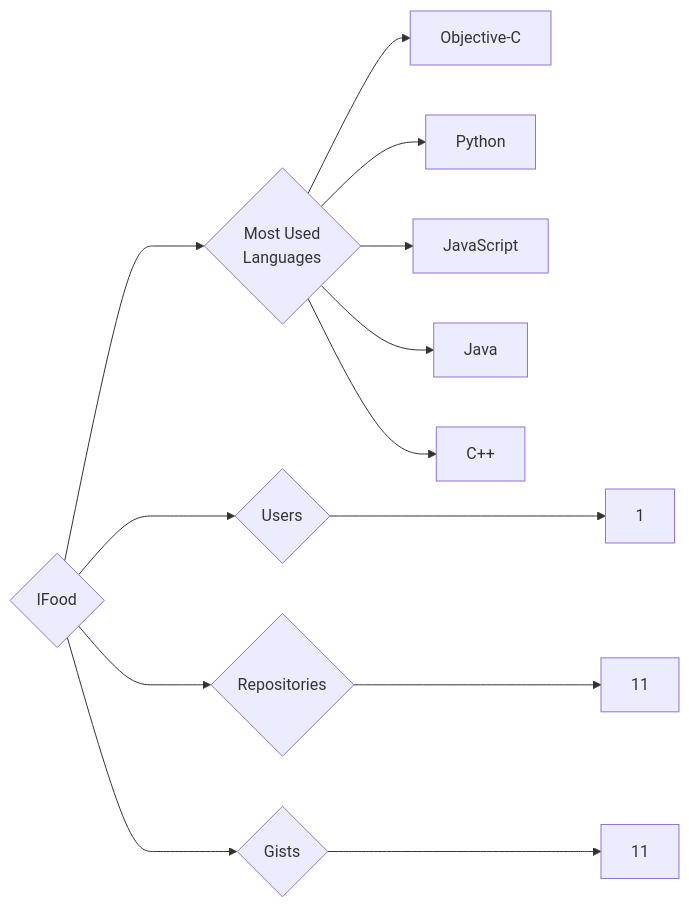
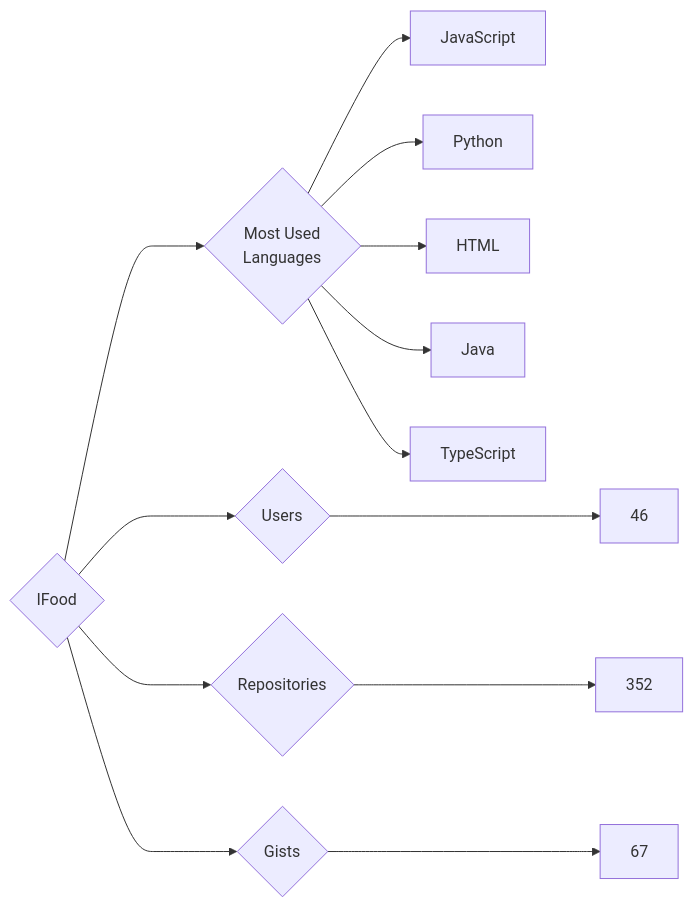
Before and after one commit to trickest/insiders: the diagram in targets/IFood/README.md, drawn with Mermaid. The commit also changed 752 other files, not shown here.

````diff
--- a/targets/IFood/README.md
+++ b/targets/IFood/README.md
@@ -3,13 +3,13 @@
 ```mermaid
 graph LR
 COMPANY_NAME{IFood}
-COMPANY_NAME ---> U{Users} ---> UN[1]
-COMPANY_NAME ---> R{Repositories} ---> RN[11]
-COMPANY_NAME ---> G{Gists} ---> GN[11]
+COMPANY_NAME ---> U{Users} ---> UN[46]
+COMPANY_NAME ---> R{Repositories} ---> RN[352]
+COMPANY_NAME ---> G{Gists} ---> GN[67]
 COMPANY_NAME ---> ML{Most Used<br>Languages}
-ML --> Objective-C[Objective-C]
+ML --> JavaScript[JavaScript]
 ML --> Python[Python]
-ML --> JavaScript[JavaScript]
+ML --> HTML[HTML]
 ML --> Java[Java]
-ML --> C++[C++]
+ML --> TypeScript[TypeScript]
 ```
````
